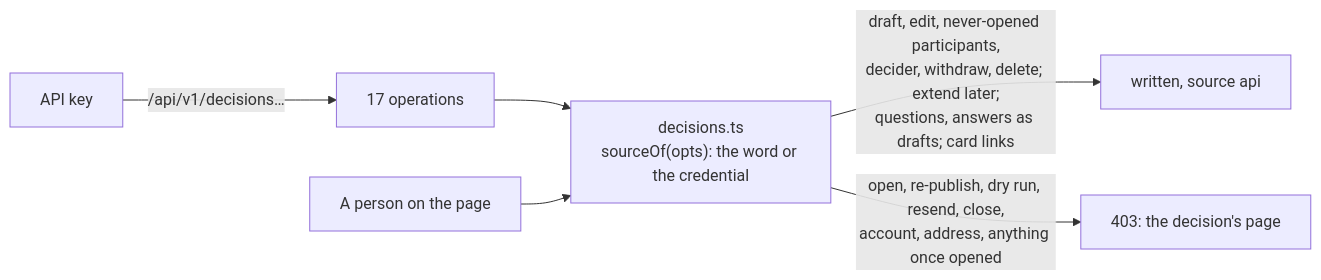
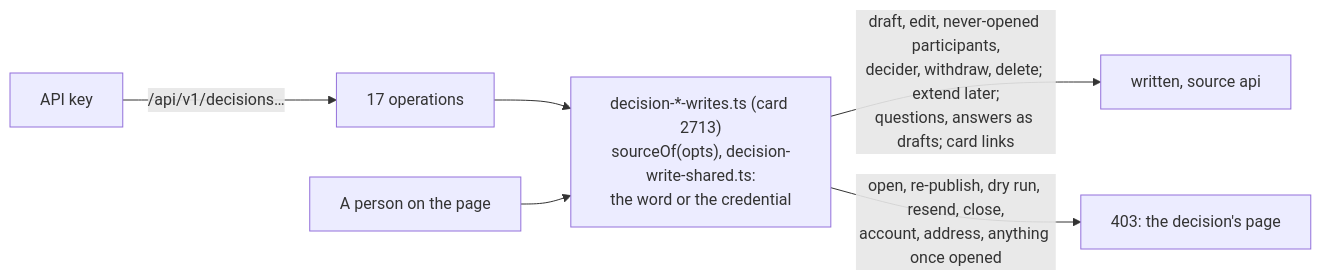
Before and after one commit to gitBoon/DumpFire: the third of 19 diagrams in docs/api-reference.md, drawn with Mermaid. The commit also changed other lines of this file and 71 other files, not shown here.

````diff
--- a/docs/api-reference.md
+++ b/docs/api-reference.md
@@ -360,8 +360,8 @@
 ```mermaid
 flowchart LR
     Key["API key"] -->|"/api/v1/decisions…"| V1["17 operations"]
-    V1 --> Svc["decisions.ts<br/>sourceOf(opts): the word or the credential"]
+    V1 --> Svc["decision-*-writes.ts (card 2713)<br/>sourceOf(opts), decision-write-shared.ts:<br/>the word or the credential"]
     Svc -->|"draft, edit, never-opened participants,<br/>decider, withdraw, delete; extend later;<br/>questions, answers as drafts; card links"| OK["written, source api"]
     Svc -->|"open, re-publish, dry run, resend, close,<br/>account, address, anything once opened"| No["403: the decision's page"]
     Page["A person on the page"] --> Svc
 ```
````
